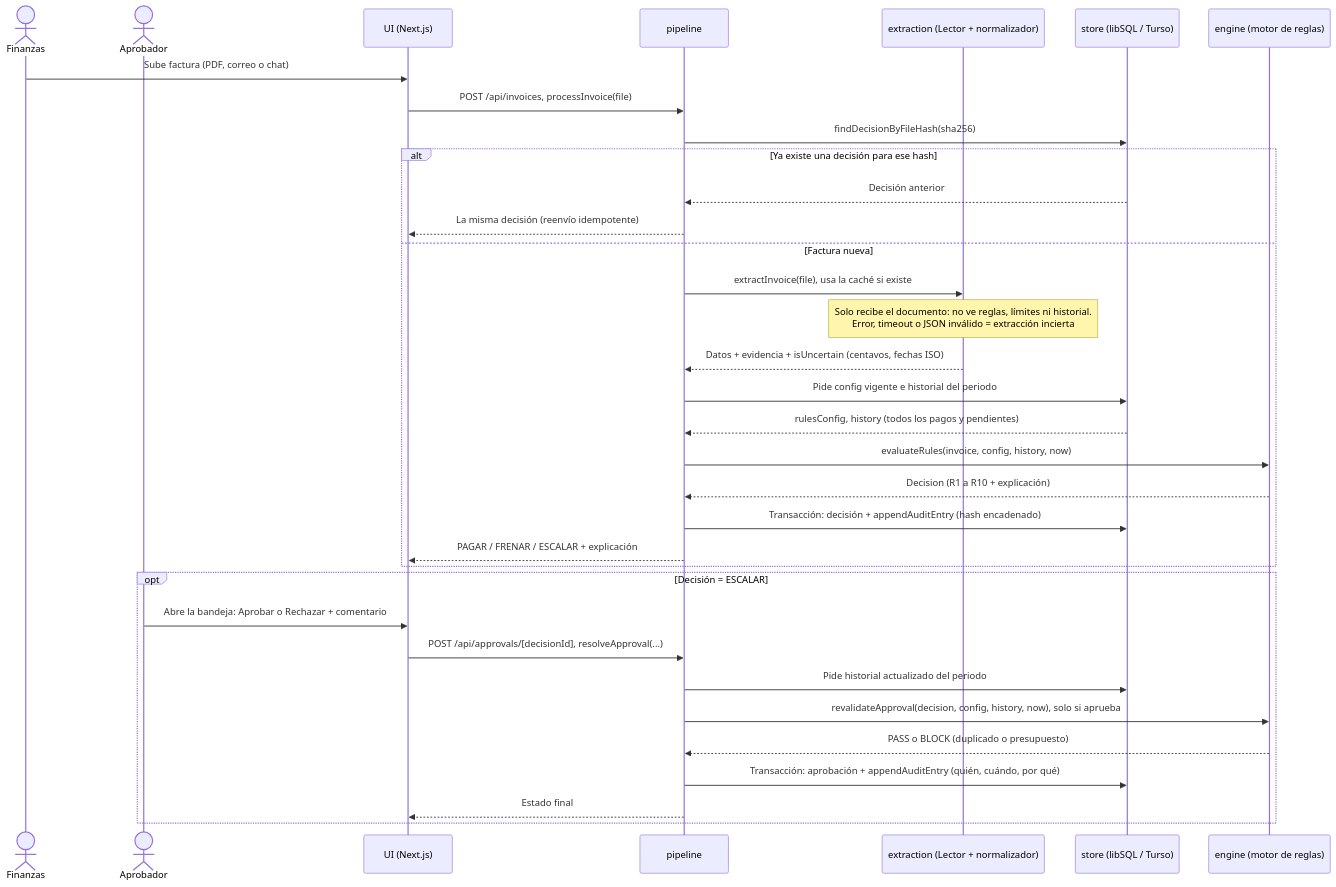
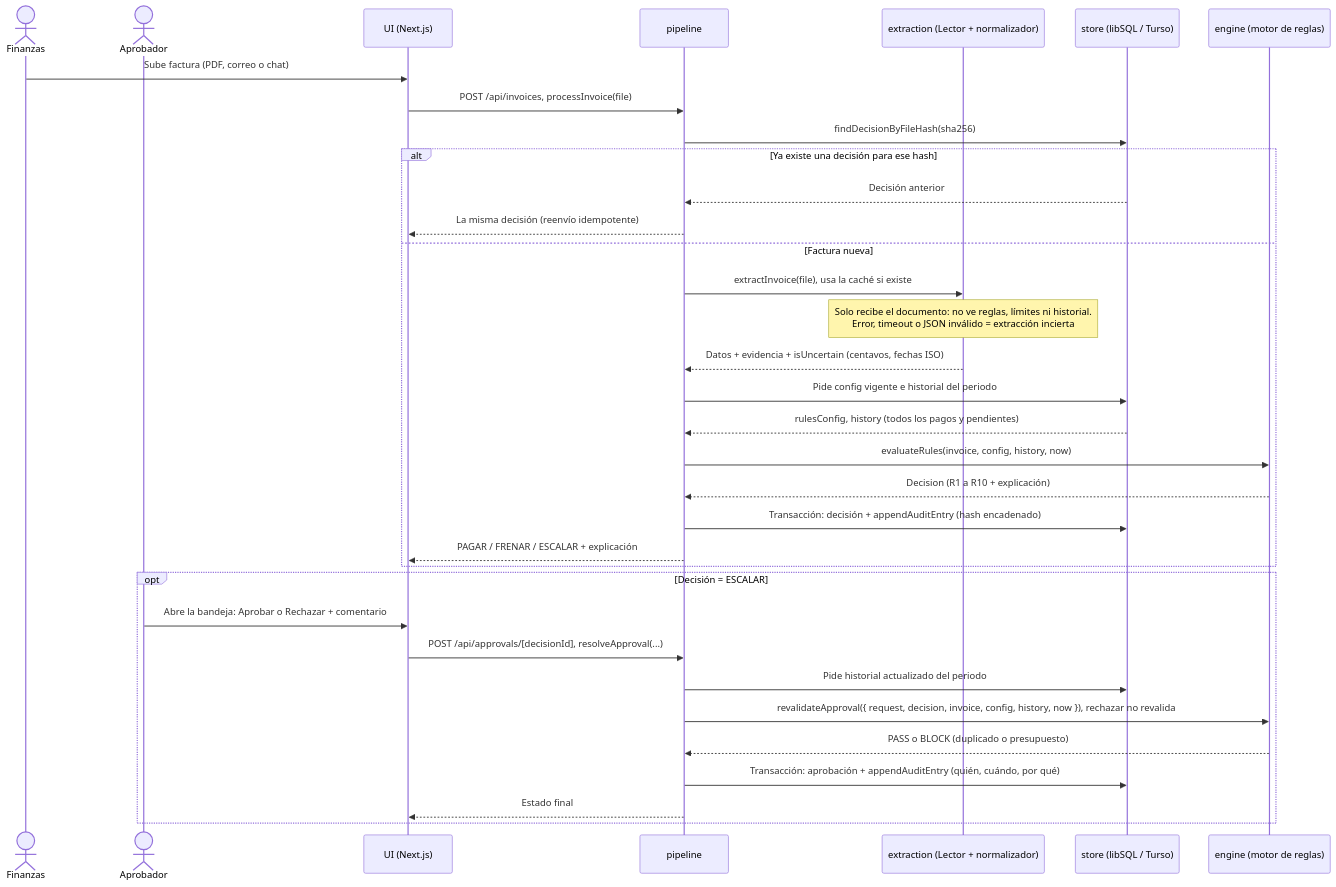
Before and after one commit to JohanMantilla/triple-firma: the diagram in docs/PROPUESTA.md, drawn with Mermaid. The commit also changed other lines of this file, not shown here.

Commit message:
docs: document approval revalidation

````diff
--- a/docs/PROPUESTA.md
+++ b/docs/PROPUESTA.md
@@ -297,38 +300,38 @@
 ```mermaid
 sequenceDiagram
     actor U as Finanzas
     actor A as Aprobador
     participant UI as UI (Next.js)
     participant P as pipeline
     participant X as extraction (Lector + normalizador)
     participant S as store (libSQL / Turso)
     participant M as engine (motor de reglas)
 
     U->>UI: Sube factura (PDF, correo o chat)
     UI->>P: POST /api/invoices, processInvoice(file)
     P->>S: findDecisionByFileHash(sha256)
     alt Ya existe una decisión para ese hash
         S-->>P: Decisión anterior
         P-->>UI: La misma decisión (reenvío idempotente)
     else Factura nueva
         P->>X: extractInvoice(file), usa la caché si existe
         Note over X: Solo recibe el documento: no ve reglas, límites ni historial.<br/>Error, timeout o JSON inválido = extracción incierta
         X-->>P: Datos + evidencia + isUncertain (centavos, fechas ISO)
         P->>S: Pide config vigente e historial del periodo
         S-->>P: rulesConfig, history (todos los pagos y pendientes)
         P->>M: evaluateRules(invoice, config, history, now)
         M-->>P: Decision (R1 a R10 + explicación)
         P->>S: Transacción: decisión + appendAuditEntry (hash encadenado)
         P-->>UI: PAGAR / FRENAR / ESCALAR + explicación
     end
 
     opt Decisión = ESCALAR
         A->>UI: Abre la bandeja: Aprobar o Rechazar + comentario
         UI->>P: POST /api/approvals/[decisionId], resolveApproval(...)
         P->>S: Pide historial actualizado del periodo
-        P->>M: revalidateApproval(decision, config, history, now), solo si aprueba
+        P->>M: revalidateApproval({ request, decision, invoice, config, history, now }), rechazar no revalida
         M-->>P: PASS o BLOCK (duplicado o presupuesto)
         P->>S: Transacción: aprobación + appendAuditEntry (quién, cuándo, por qué)
         P-->>UI: Estado final
     end
 ```
````
